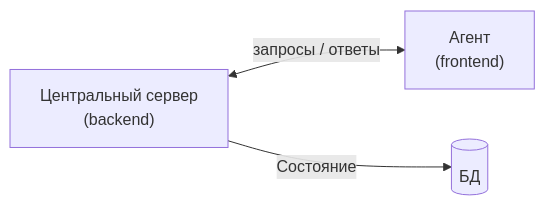
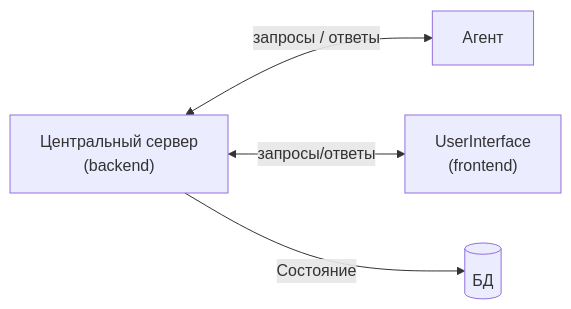
The diagram in ProjectSchema.md (StasErling/servicehealthmonitoring), drawn with Mermaid before and after one commit.

Commit message:
fix misprint in schema ProjectSchema.md

````diff
--- a/ProjectSchema.md
+++ b/ProjectSchema.md
@@ -48,9 +48,11 @@
 ```mermaid
 graph LR
     ЦС["Центральный сервер<br/>(backend)"]
-    Аг["Агент<br/>(frontend)"]
+    UI["UserInterface<br/>(frontend)"]
+    Аг["Агент"]
     БД[("БД")]
 
     ЦС <-->|"запросы / ответы"| Аг
+    ЦС <-->|"запросы/ответы"| UI
     ЦС -->|"Состояние"| БД
 ```
````
